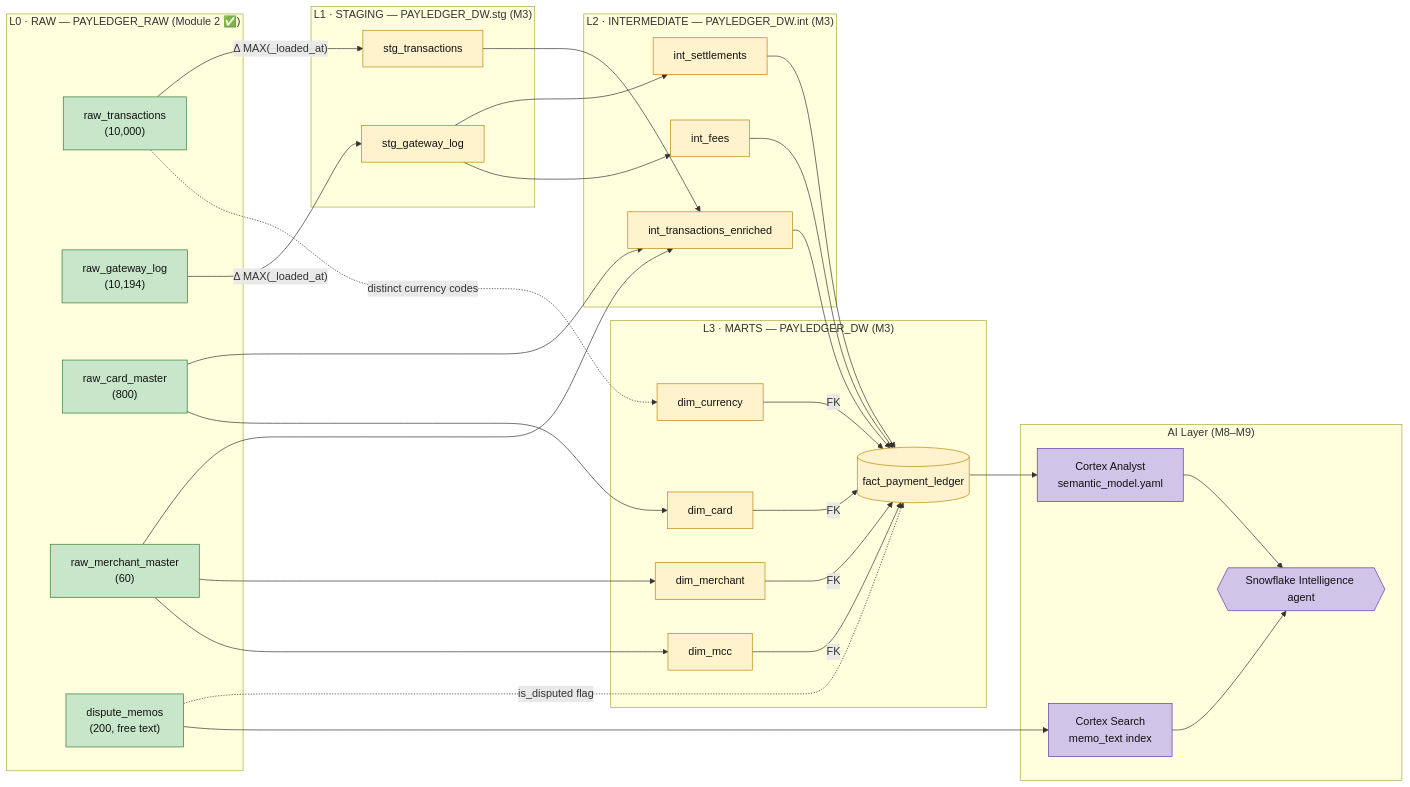
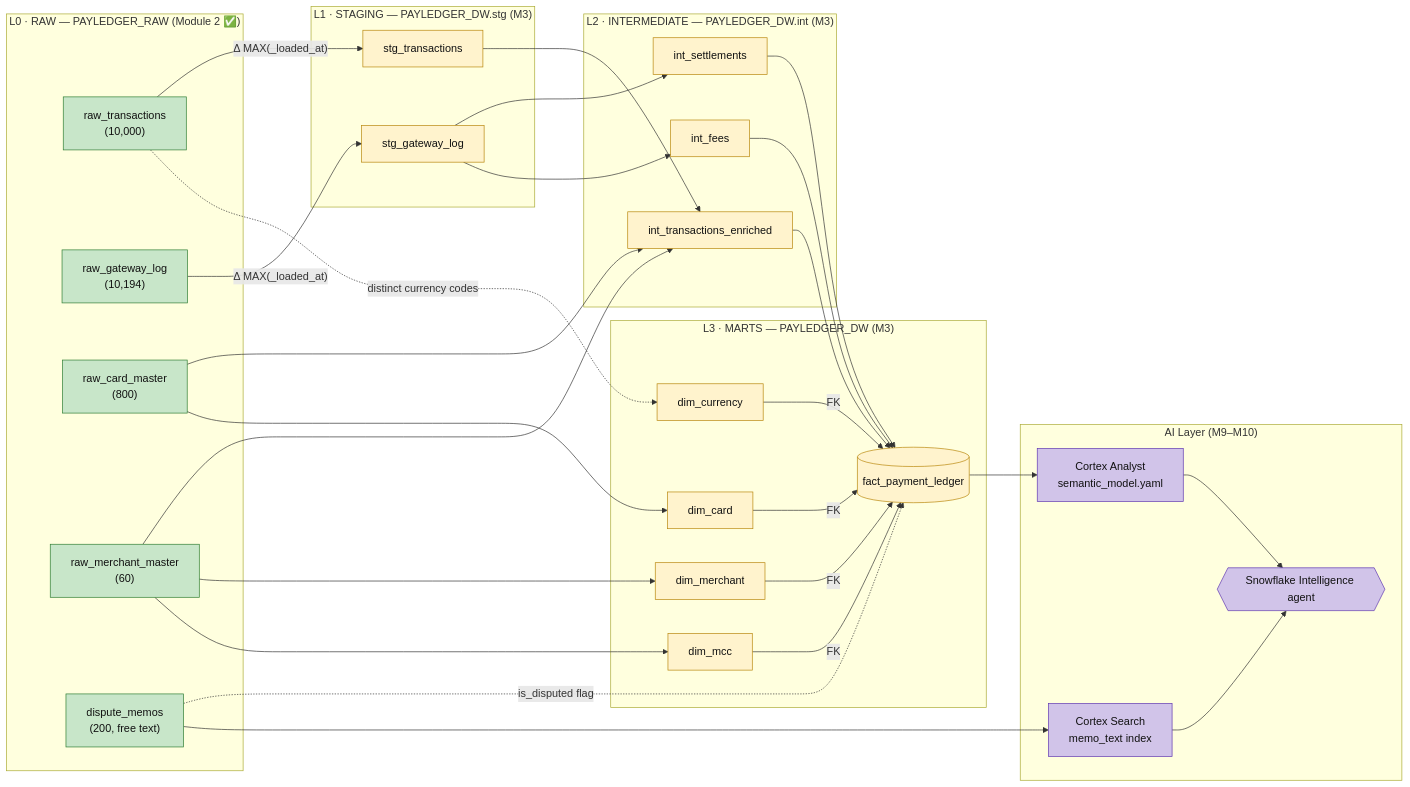
Before and after one commit to dinesh-2-22/payledger-course: the diagram in docs/lineage.md, drawn with Mermaid. The commit also changed other lines of this file and 9 other files, not shown here.

````diff
--- a/docs/lineage.md
+++ b/docs/lineage.md
@@ -17,74 +17,74 @@
 ```mermaid
 flowchart LR
     subgraph L0["L0 · RAW — PAYLEDGER_RAW (Module 2 ✅)"]
         rt["raw_transactions<br/>(10,000)"]:::built
         rg["raw_gateway_log<br/>(10,194)"]:::built
         rc["raw_card_master<br/>(800)"]:::built
         rm["raw_merchant_master<br/>(60)"]:::built
         dm["dispute_memos<br/>(200, free text)"]:::built
     end
 
     subgraph L1["L1 · STAGING — PAYLEDGER_DW.stg (M3)"]
         st["stg_transactions"]:::planned
         sg["stg_gateway_log"]:::planned
     end
 
     subgraph L2["L2 · INTERMEDIATE — PAYLEDGER_DW.int (M3)"]
         ite["int_transactions_enriched"]:::planned
         isl["int_settlements"]:::planned
         ife["int_fees"]:::planned
     end
 
     subgraph L3["L3 · MARTS — PAYLEDGER_DW (M3)"]
         fact[("fact_payment_ledger")]:::planned
         dmer["dim_merchant"]:::planned
         dcard["dim_card"]:::planned
         dmcc["dim_mcc"]:::planned
         dcur["dim_currency"]:::planned
     end
 
-    subgraph AI["AI Layer (M8–M9)"]
+    subgraph AI["AI Layer (M9–M10)"]
         analyst["Cortex Analyst<br/>semantic_model.yaml"]:::ai
         search["Cortex Search<br/>memo_text index"]:::ai
         agent{{"Snowflake Intelligence agent"}}:::ai
     end
 
     %% raw -> staging (incremental)
     rt -->|"Δ MAX(_loaded_at)"| st
     rg -->|"Δ MAX(_loaded_at)"| sg
 
     %% staging + masters -> intermediate
     st --> ite
     rc --> ite
     rm --> ite
     sg --> isl
     sg --> ife
 
     %% intermediate -> fact
     ite --> fact
     isl --> fact
     ife --> fact
 
     %% masters -> conformed dims -> fact (FK)
     rm --> dmer
     rm --> dmcc
     rc --> dcard
     rt -.->|"distinct currency codes"| dcur
     dmer -->|FK| fact
     dcard -->|FK| fact
     dmcc -->|FK| fact
     dcur -->|FK| fact
 
     %% disputes -> fact flag + search corpus
     dm -.->|"is_disputed flag"| fact
     dm --> search
 
     %% marts -> AI
     fact --> analyst
     analyst --> agent
     search --> agent
 
     classDef built fill:#c8e6c9,stroke:#2e7d32,color:#111;
     classDef planned fill:#fff3cd,stroke:#b8860b,color:#111;
     classDef ai fill:#d1c4e9,stroke:#5e35b1,color:#111;
 ```
````
